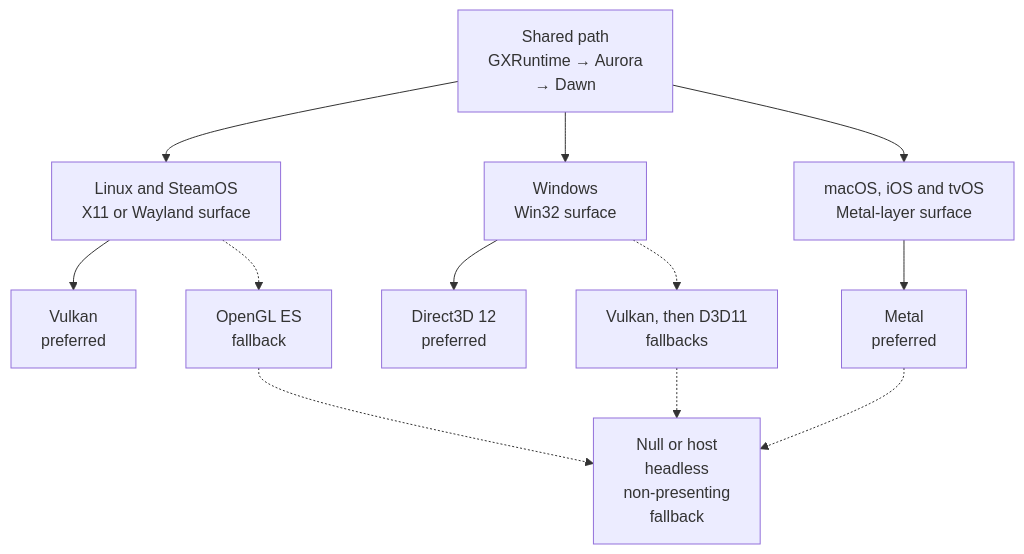
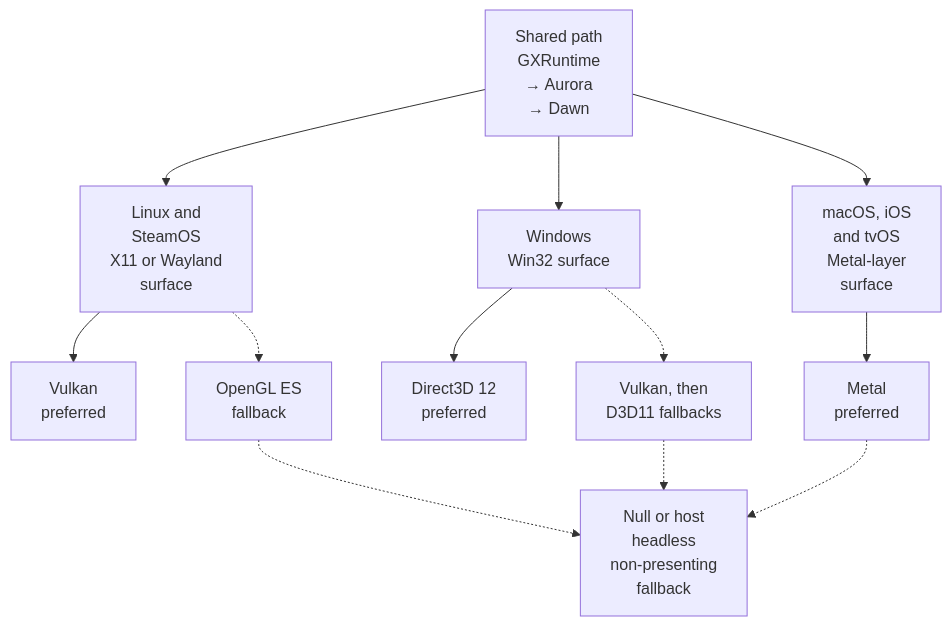
Before and after one commit to Aelbannan/boat_of_daphnes: the fourth of 11 diagrams in docs/architecture/Graphics.md, drawn with Mermaid. The commit also changed other lines of this file, not shown here.

Commit message:
Wrap Graphics labels more tightly

````diff
--- a/docs/architecture/Graphics.md
+++ b/docs/architecture/Graphics.md
@@ -194,22 +194,22 @@
 ```mermaid
 flowchart TD
-    Shared["Shared path<br>GXRuntime → Aurora<br>→ Dawn"]
-    Linux["Linux and SteamOS<br>X11 or Wayland surface"]
+    Shared["Shared path<br>GXRuntime<br>→ Aurora<br>→ Dawn"]
+    Linux["Linux and<br>SteamOS<br>X11 or Wayland<br>surface"]
     Windows["Windows<br>Win32 surface"]
-    Apple["macOS, iOS and tvOS<br>Metal-layer surface"]
+    Apple["macOS, iOS<br>and tvOS<br>Metal-layer<br>surface"]
     Vulkan["Vulkan<br>preferred"]
     GLES["OpenGL ES<br>fallback"]
     D3D12["Direct3D 12<br>preferred"]
-    WinFallback["Vulkan, then D3D11<br>fallbacks"]
+    WinFallback["Vulkan, then<br>D3D11 fallbacks"]
     Metal["Metal<br>preferred"]
     Null["Null or host<br>headless<br>non-presenting<br>fallback"]
 
     Shared --> Linux --> Vulkan
     Linux -.-> GLES
     Shared --> Windows --> D3D12
     Windows -.-> WinFallback
     Shared --> Apple --> Metal
     GLES -.-> Null
     WinFallback -.-> Null
     Metal -.-> Null
 ```
````
